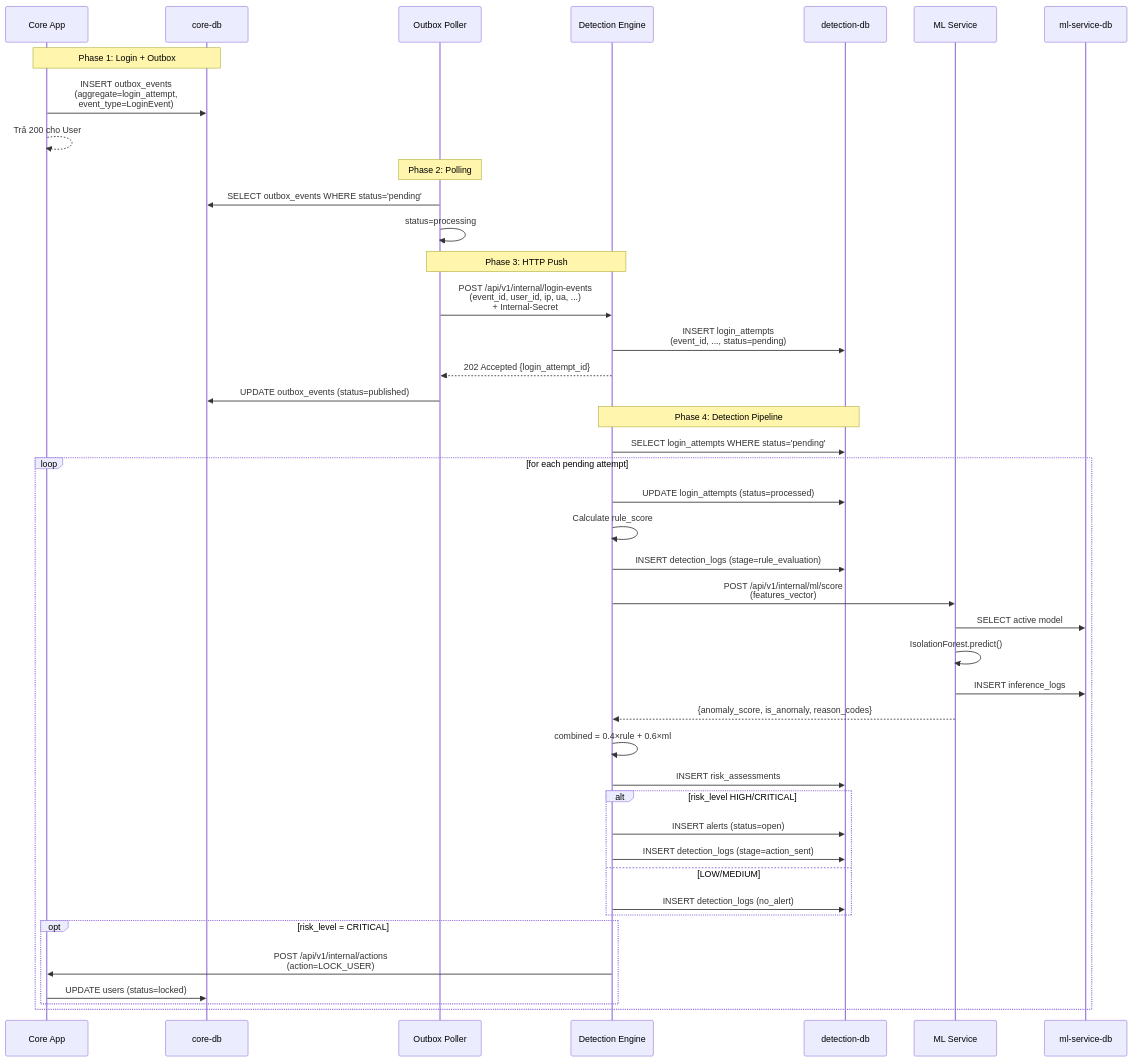
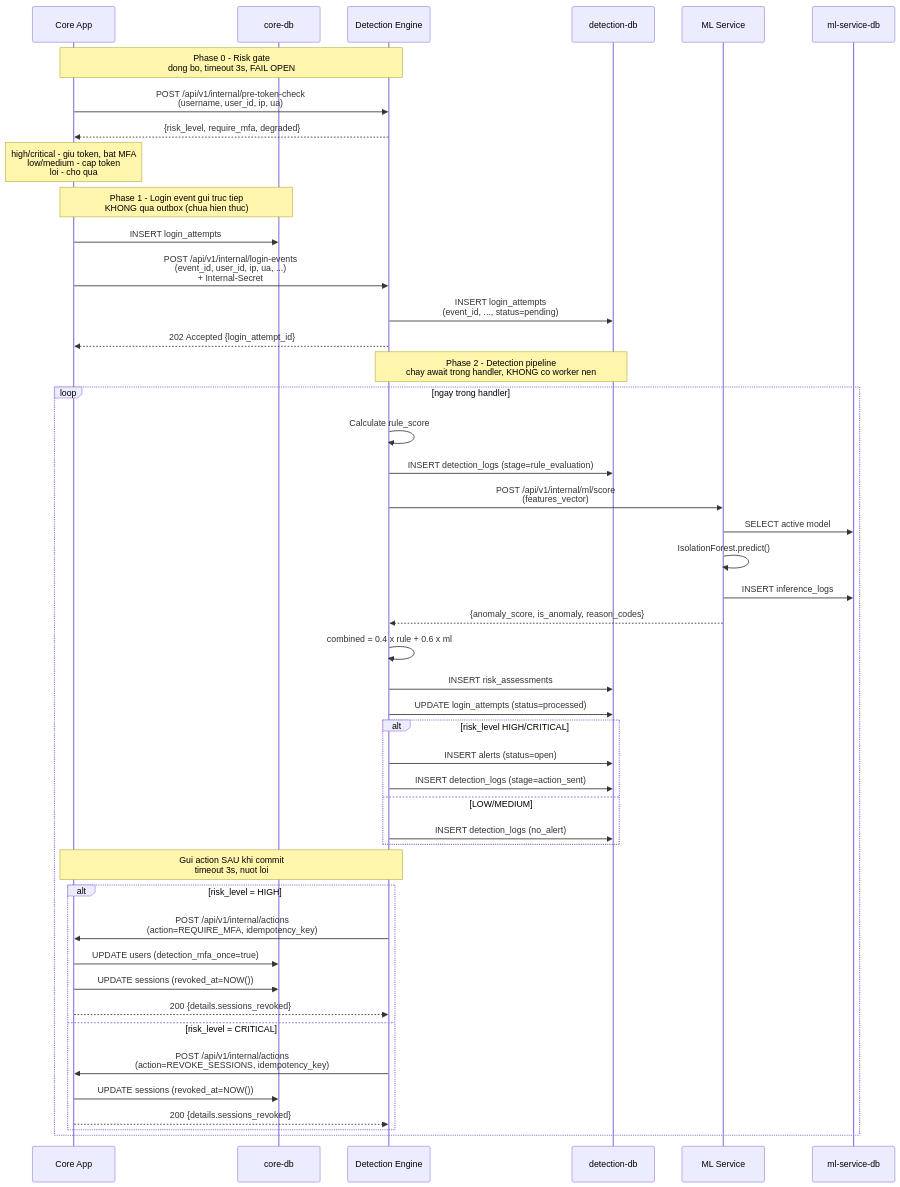
The third of 7 diagrams in docs/workflows.mmd (Albert-Tuan/sentinel-auth), drawn with Mermaid before and after one commit. The commit also changed other lines of this file and 28 other files, not shown here.

````diff
--- a/docs/workflows.mmd
+++ b/docs/workflows.mmd
@@ -90,54 +101,55 @@
 ```mermaid
 sequenceDiagram
     participant CA as Core App
     participant CDB as core-db
-    participant OP as Outbox Poller
     participant DE as Detection Engine
     participant DDB as detection-db
     participant ML as ML Service
     participant MDB as ml-service-db
 
-    Note over CA,CDB: Phase 1: Login + Outbox
-    CA->>CDB: INSERT outbox_events<br/>(aggregate=login_attempt,<br/>event_type=LoginEvent)
-    CA-->>CA: Trả 200 cho User
+    Note over CA,DE: Phase 0 - Risk gate<br/>dong bo, timeout 3s, FAIL OPEN
+    CA->>DE: POST /api/v1/internal/pre-token-check<br/>(username, user_id, ip, ua)
+    DE-->>CA: {risk_level, require_mfa, degraded}
+    Note over CA: high/critical - giu token, bat MFA<br/>low/medium - cap token<br/>loi - cho qua
 
-    Note over OP: Phase 2: Polling
-    OP->>CDB: SELECT outbox_events WHERE status='pending'
-    OP->>OP: status=processing
+    Note over CA,CDB: Phase 1 - Login event gui truc tiep<br/>KHONG qua outbox (chua hien thuc)
+    CA->>CDB: INSERT login_attempts
+    CA->>DE: POST /api/v1/internal/login-events<br/>(event_id, user_id, ip, ua, ...)<br/>+ Internal-Secret
+    DE->>DDB: INSERT login_attempts<br/>(event_id, ..., status=pending)
+    DE-->>CA: 202 Accepted {login_attempt_id}
 
-    Note over OP,DE: Phase 3: HTTP Push
-    OP->>DE: POST /api/v1/internal/login-events<br/>(event_id, user_id, ip, ua, ...)<br/>+ Internal-Secret
-    DE->>DDB: INSERT login_attempts<br/>(event_id, ..., status=pending)
-    DE-->>OP: 202 Accepted {login_attempt_id}
-    OP->>CDB: UPDATE outbox_events (status=published)
-
-    Note over DE,DDB: Phase 4: Detection Pipeline
-    DE->>DDB: SELECT login_attempts WHERE status='pending'
-
-    loop for each pending attempt
-        DE->>DDB: UPDATE login_attempts (status=processed)
+    Note over DE,DDB: Phase 2 - Detection pipeline<br/>chay await trong handler, KHONG co worker nen
+    loop ngay trong handler
         DE->>DE: Calculate rule_score
         DE->>DDB: INSERT detection_logs (stage=rule_evaluation)
 
         DE->>ML: POST /api/v1/internal/ml/score<br/>(features_vector)
         ML->>MDB: SELECT active model
         ML->>ML: IsolationForest.predict()
         ML->>MDB: INSERT inference_logs
         ML-->>DE: {anomaly_score, is_anomaly, reason_codes}
 
-        DE->>DE: combined = 0.4×rule + 0.6×ml
+        DE->>DE: combined = 0.4 x rule + 0.6 x ml
         DE->>DDB: INSERT risk_assessments
+        DE->>DDB: UPDATE login_attempts (status=processed)
 
         alt risk_level HIGH/CRITICAL
             DE->>DDB: INSERT alerts (status=open)
             DE->>DDB: INSERT detection_logs (stage=action_sent)
         else LOW/MEDIUM
             DE->>DDB: INSERT detection_logs (no_alert)
         end
 
-        opt risk_level = CRITICAL
-            DE->>CA: POST /api/v1/internal/actions<br/>(action=LOCK_USER)
-            CA->>CDB: UPDATE users (status=locked)
+        Note over DE,CA: Gui action SAU khi commit<br/>timeout 3s, nuot loi
+        alt risk_level = HIGH
+            DE->>CA: POST /api/v1/internal/actions<br/>(action=REQUIRE_MFA, idempotency_key)
+            CA->>CDB: UPDATE users (detection_mfa_once=true)
+            CA->>CDB: UPDATE sessions (revoked_at=NOW())
+            CA-->>DE: 200 {details.sessions_revoked}
+        else risk_level = CRITICAL
+            DE->>CA: POST /api/v1/internal/actions<br/>(action=REVOKE_SESSIONS, idempotency_key)
+            CA->>CDB: UPDATE sessions (revoked_at=NOW())
+            CA-->>DE: 200 {details.sessions_revoked}
         end
     end
 ```
````
